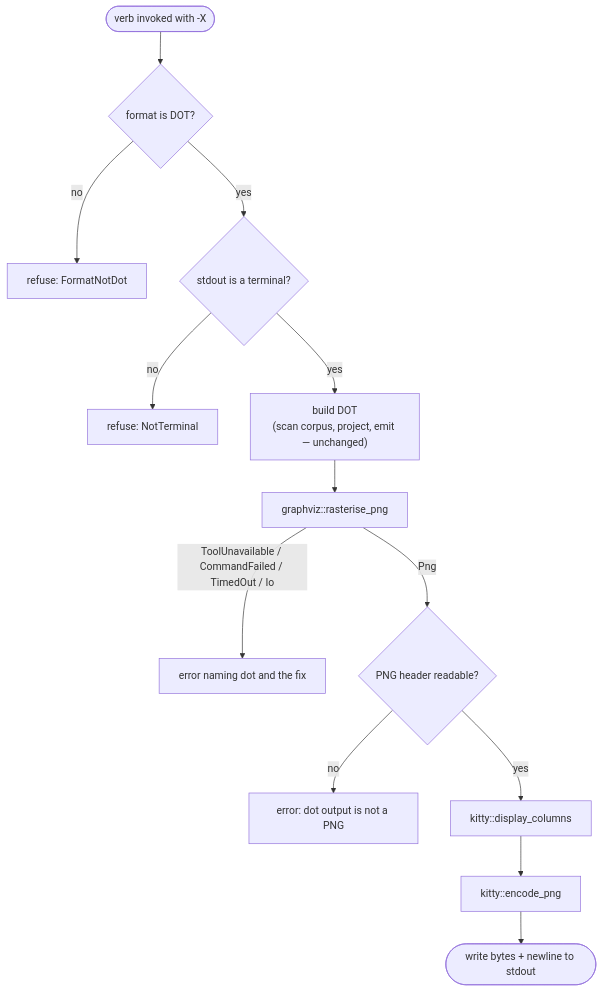
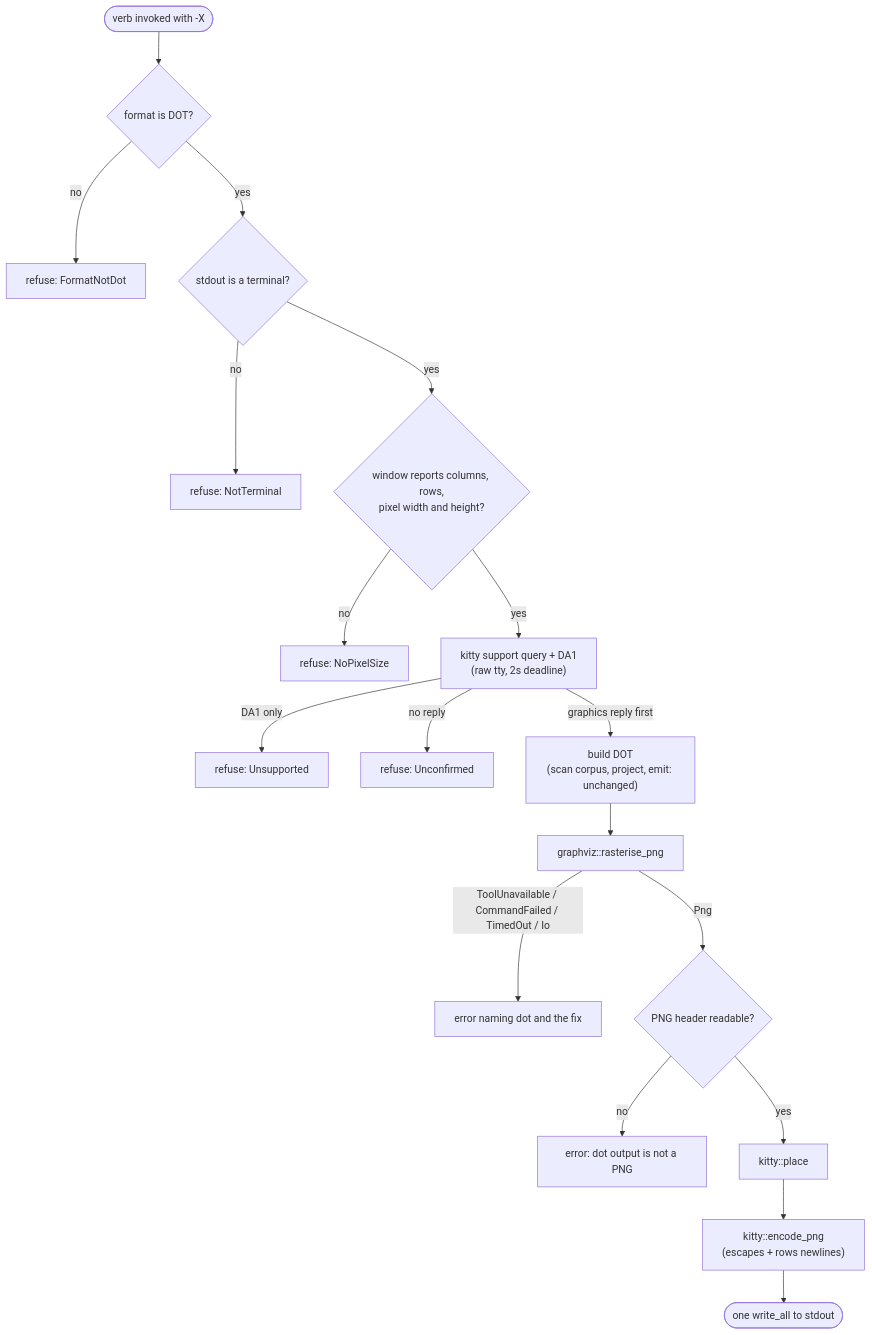
One commit to davidlee/doctrine changed the second of 2 diagrams in .doctrine/slice/245/design.md. Above: the diagram before and after it, drawn with Mermaid. The commit also changed other lines of this file and 14 other files, not shown here.

First line of the commit message:
design(SL-245): integrate RV-368 — support probe, explicit placement, REQ-396, dot invocations

````diff
--- a/.doctrine/slice/245/design.md
+++ b/.doctrine/slice/245/design.md
@@ -221,13 +263,18 @@
 ```mermaid
 flowchart TD
   start(["verb invoked with -X"]) --> fmt{"format is DOT?"}
   fmt -- no --> r1["refuse: FormatNotDot"]
   fmt -- yes --> tty{"stdout is a terminal?"}
   tty -- no --> r2["refuse: NotTerminal"]
-  tty -- yes --> build["build DOT<br/>(scan corpus, project, emit — unchanged)"]
+  tty -- yes --> px{"window reports columns, rows,<br/>pixel width and height?"}
+  px -- no --> r3["refuse: NoPixelSize"]
+  px -- yes --> probe["kitty support query + DA1<br/>(raw tty, 2s deadline)"]
+  probe -- "DA1 only" --> r4["refuse: Unsupported"]
+  probe -- "no reply" --> r5["refuse: Unconfirmed"]
+  probe -- "graphics reply first" --> build["build DOT<br/>(scan corpus, project, emit: unchanged)"]
   build --> spawn["graphviz::rasterise_png"]
-  spawn -- ToolUnavailable / CommandFailed / TimedOut / Io --> r3["error naming dot and the fix"]
+  spawn -- "ToolUnavailable / CommandFailed / TimedOut / Io" --> r6["error naming dot and the fix"]
   spawn -- Png --> png{"PNG header readable?"}
-  png -- no --> r4["error: dot output is not a PNG"]
-  png -- yes --> size["kitty::display_columns"] --> enc["kitty::encode_png"] --> out(["write bytes + newline to stdout"])
+  png -- no --> r7["error: dot output is not a PNG"]
+  png -- yes --> place["kitty::place"] --> enc["kitty::encode_png<br/>(escapes + rows newlines)"] --> out(["one write_all to stdout"])
 ```
````
